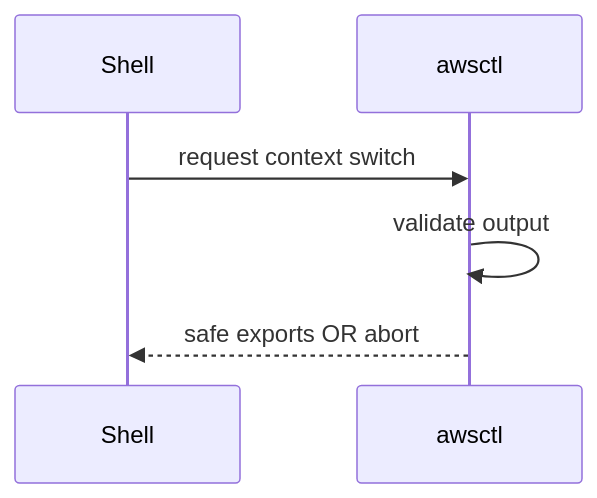
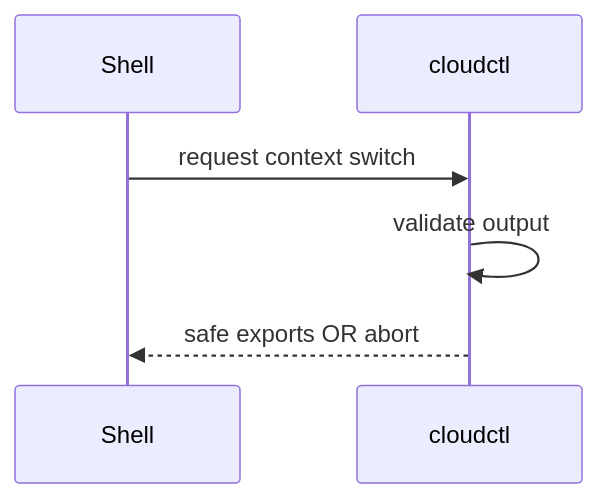
The second of 2 diagrams in docs/wiki/shell-integration.md (hoad-org/cloudctl), drawn with Mermaid before and after one commit. The commit also changed other lines of this file and 198 other files, not shown here.

````diff
--- a/docs/wiki/shell-integration.md
+++ b/docs/wiki/shell-integration.md
@@ -95,8 +95,8 @@
 ```mermaid
 sequenceDiagram
     participant Shell
-    participant awsctl
-    Shell->>awsctl: request context switch
-    awsctl->>awsctl: validate output
-    awsctl-->>Shell: safe exports OR abort
+    participant cloudctl
+    Shell->>cloudctl: request context switch
+    cloudctl->>cloudctl: validate output
+    cloudctl-->>Shell: safe exports OR abort
 ```
````
